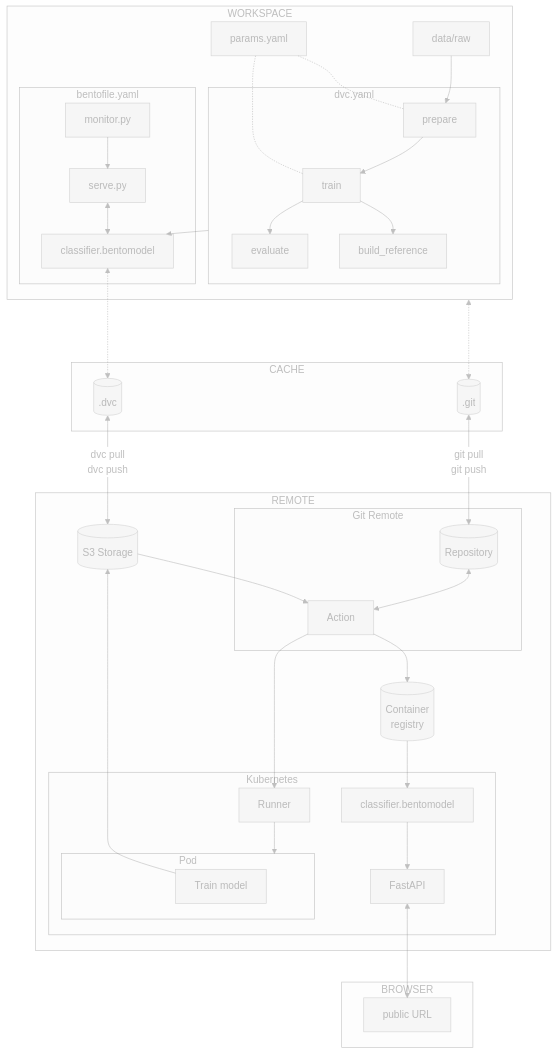
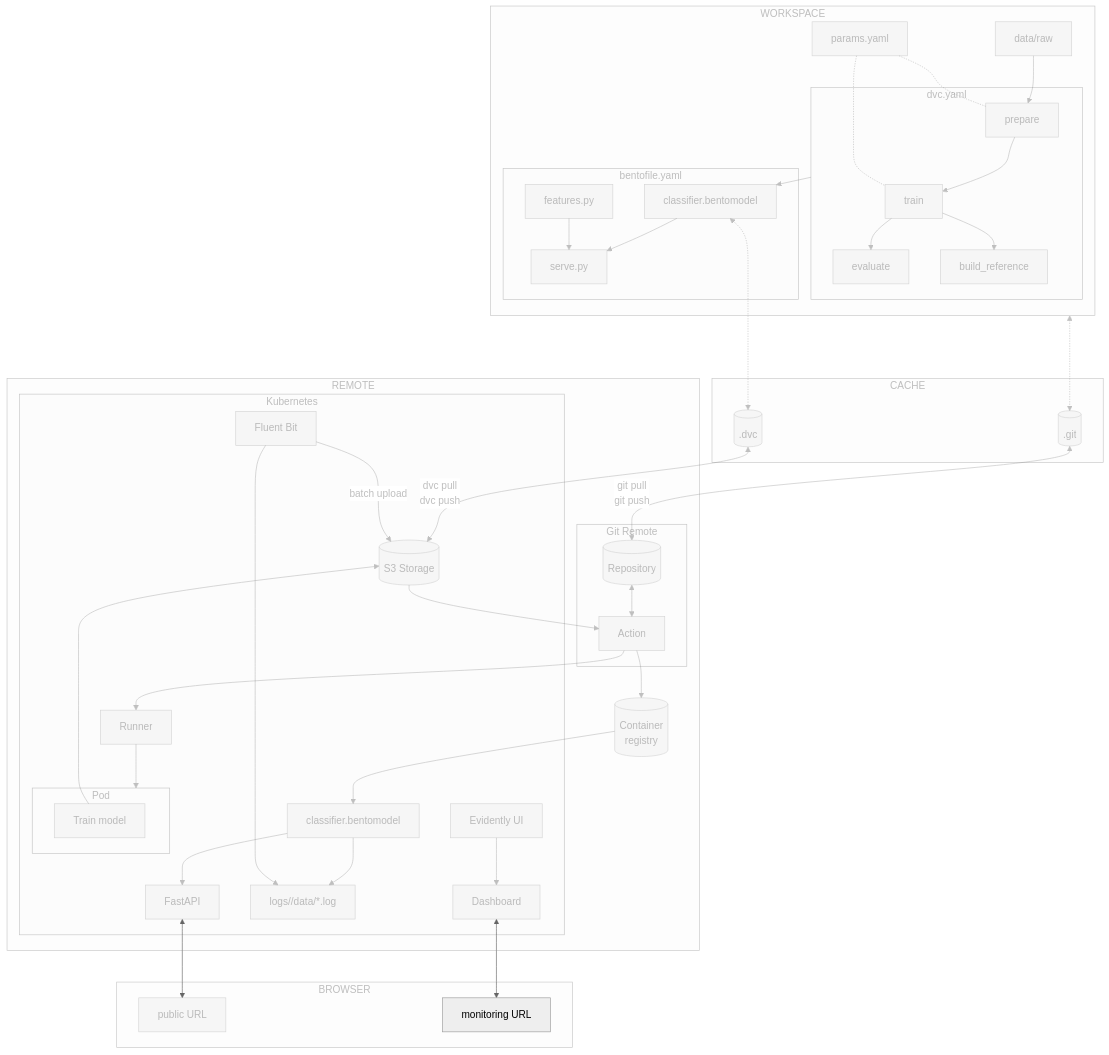
One commit to swiss-ai-center/a-guide-to-mlops changed the diagram in docs/part-4-monitor-and-maintain/chapter-43-deploy-and-access-the-monitoring-on-kubernetes.md. Above: the diagram before and after it, drawn with Mermaid (neutral theme). The commit also changed other lines of this file and 1 other file, not shown here.

Commit message:
docs(part-4): use Fluent Bit sidecar for log shipping in chapter 4.3

````diff
--- a/docs/part-4-monitor-and-maintain/chapter-43-deploy-and-access-the-monitoring-on-kubernetes.md
+++ b/docs/part-4-monitor-and-maintain/chapter-43-deploy-and-access-the-monitoring-on-kubernetes.md
@@ -45,8 +37,8 @@
     subgraph workspaceGraph[WORKSPACE]
         dvcGraph --> bento_model[classifier.bentomodel]
         subgraph bentoGraph[bentofile.yaml]
-            serve[serve.py] <--> bento_model
-            monitor[monitor.py] --> serve
+            bento_model --> serve[serve.py]
+            features[features.py] --> serve
         end
         bento_model <-.-> dot_dvc
 
@@ -73,6 +65,10 @@
             end
             pod_runner[Runner] --> clusterPodGraph
             bento_service_cluster[classifier.bentomodel] --> k8s_fastapi[FastAPI]
+            bento_service_cluster --> cluster_logs["logs/<name>/data/*.log"]
+            fluent_bit[Fluent Bit] --> cluster_logs
+            fluent_bit -->|batch upload| s3_storage
+            evidently_ui[Evidently UI] --> k8s_evidentlyui[Dashboard]
         end
         action --> pod_runner
         pod_train --> s3_storage
@@ -83,6 +79,7 @@
 
     subgraph browserGraph[BROWSER]
         k8s_fastapi <--> publicURL["public URL"]
+        k8s_evidentlyui <--> monitoringURL["monitoring URL"]
     end
 
     style workspaceGraph opacity:0.4,color:#7f7f7f80
@@ -102,7 +99,7 @@
     style bentoGraph opacity:0.4,color:#7f7f7f80
     style bento_model opacity:0.4,color:#7f7f7f80
     style serve opacity:0.4,color:#7f7f7f80
-    style monitor opacity:0.4,color:#7f7f7f80
+    style features opacity:0.4,color:#7f7f7f80
     style dot_git opacity:0.4,color:#7f7f7f80
     style dot_dvc opacity:0.4,color:#7f7f7f80
     style repository opacity:0.4,color:#7f7f7f80
@@ -114,6 +111,10 @@
     style publicURL opacity:0.4,color:#7f7f7f80
     style pod_runner opacity:0.4,color:#7f7f7f80
     style pod_train opacity:0.4,color:#7f7f7f80
+    style cluster_logs opacity:0.4,color:#7f7f7f80
+    style fluent_bit opacity:0.4,color:#7f7f7f80
+    style evidently_ui opacity:0.4,color:#7f7f7f80
+    style k8s_evidentlyui opacity:0.4,color:#7f7f7f80
     linkStyle 0 opacity:0.4,color:#7f7f7f80
     linkStyle 1 opacity:0.4,color:#7f7f7f80
     linkStyle 2 opacity:0.4,color:#7f7f7f80
@@ -136,4 +137,7 @@
     linkStyle 19 opacity:0.4,color:#7f7f7f80
     linkStyle 20 opacity:0.4,color:#7f7f7f80
     linkStyle 21 opacity:0.4,color:#7f7f7f80
+    linkStyle 22 opacity:0.4,color:#7f7f7f80
+    linkStyle 23 opacity:0.4,color:#7f7f7f80
+    linkStyle 24 opacity:0.4,color:#7f7f7f80
 ```
````
